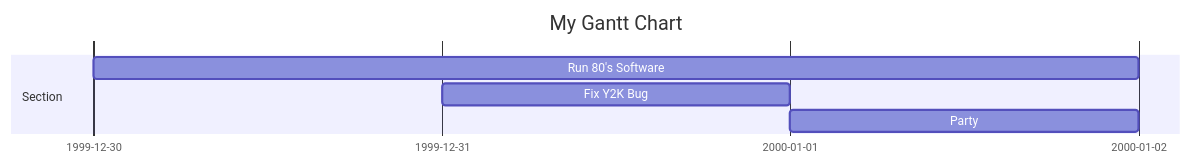
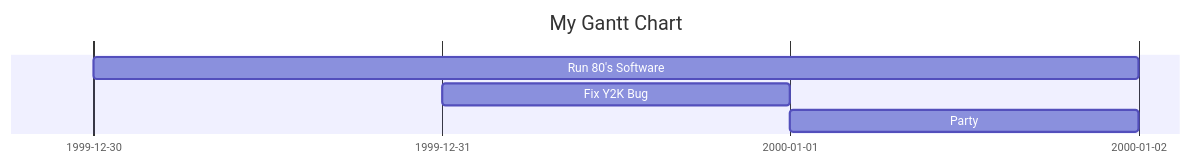
Before and after one commit to fhnw-imvs/fhnw-ipro-indoor-climate: the diagram in level-0/README.md, drawn with Mermaid.

````diff
--- a/level-0/README.md
+++ b/level-0/README.md
@@ -42,10 +42,9 @@
 ```mermaid
 gantt
     title My Gantt Chart
     dateFormat YYYY-MM-DD
     tickInterval 1day
-    section Section
     Run 80's Software :t0, 1999-12-30, 3d
     Fix Y2K Bug       :t1, 1999-12-31, 1d
     Party             :t2, after t1, 1d
 ```
````
